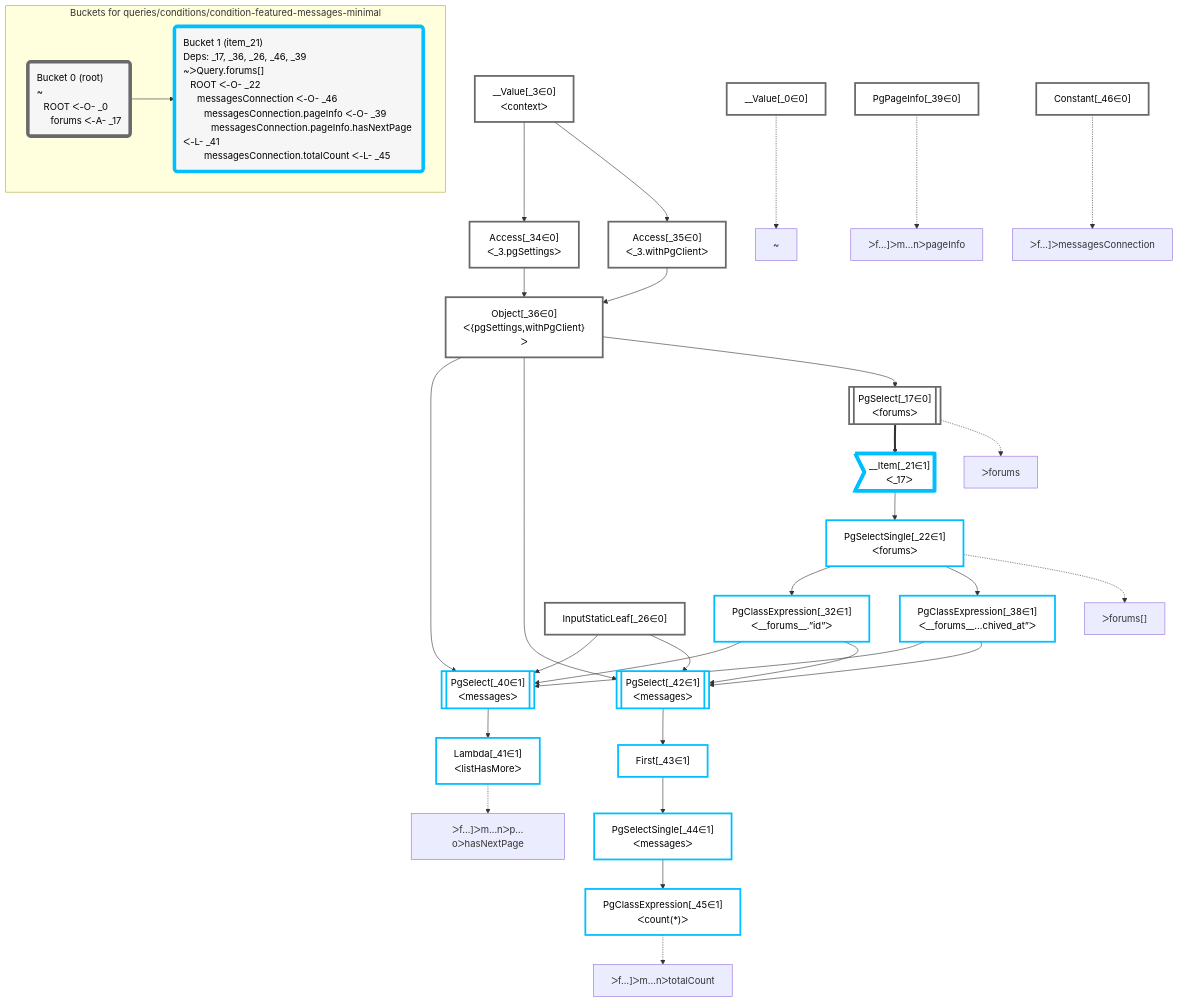
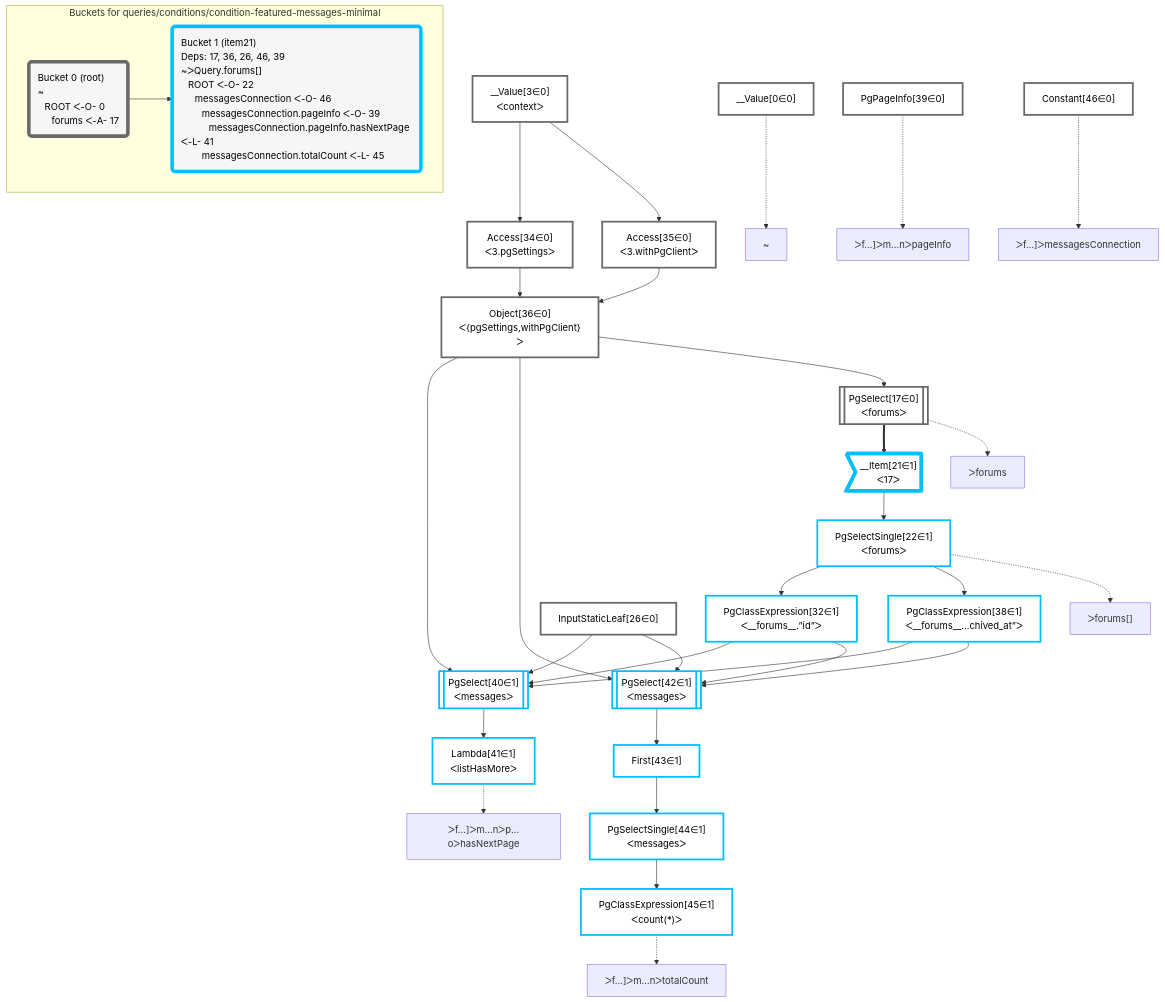
One commit to graphile/crystal changed the diagram in packages/dataplan-pg/__tests__/queries/conditions/condition-featured-messages-minimal.deopt.mermaid.md. Above: the diagram before and after it, drawn with Mermaid. The commit also changed 195 other files, not shown here.

````diff
--- a/packages/dataplan-pg/__tests__/queries/conditions/condition-featured-messages-minimal.deopt.mermaid.md
+++ b/packages/dataplan-pg/__tests__/queries/conditions/condition-featured-messages-minimal.deopt.mermaid.md
@@ -1,72 +1,72 @@
 ```mermaid
 graph TD
     classDef path fill:#eee,stroke:#000,color:#000
     classDef plan fill:#fff,stroke-width:3px,color:#000
     classDef itemplan fill:#fff,stroke-width:6px,color:#000
     classDef sideeffectplan fill:#f00,stroke-width:6px,color:#000
     classDef bucket fill:#f6f6f6,color:#000,stroke-width:6px,text-align:left
 
 
     %% define plans
-    __Value_0["__Value[_0∈0]"]:::plan
-    Lambda_41["Lambda[_41∈1]<br />ᐸlistHasMoreᐳ"]:::plan
-    PgSelect_40[["PgSelect[_40∈1]<br />ᐸmessagesᐳ"]]:::plan
-    PgClassExpression_45["PgClassExpression[_45∈1]<br />ᐸcount(*)ᐳ"]:::plan
-    PgSelectSingle_44["PgSelectSingle[_44∈1]<br />ᐸmessagesᐳ"]:::plan
-    First_43["First[_43∈1]"]:::plan
-    PgSelect_42[["PgSelect[_42∈1]<br />ᐸmessagesᐳ"]]:::plan
-    PgClassExpression_32["PgClassExpression[_32∈1]<br />ᐸ__forums__.”id”ᐳ"]:::plan
-    PgClassExpression_38["PgClassExpression[_38∈1]<br />ᐸ__forums__...chived_at”ᐳ"]:::plan
-    PgSelectSingle_22["PgSelectSingle[_22∈1]<br />ᐸforumsᐳ"]:::plan
-    __Item_21>"__Item[_21∈1]<br />ᐸ_17ᐳ"]:::itemplan
-    PgSelect_17[["PgSelect[_17∈0]<br />ᐸforumsᐳ"]]:::plan
-    Object_36["Object[_36∈0]<br />ᐸ{pgSettings,withPgClient}ᐳ"]:::plan
-    Access_34["Access[_34∈0]<br />ᐸ_3.pgSettingsᐳ"]:::plan
-    Access_35["Access[_35∈0]<br />ᐸ_3.withPgClientᐳ"]:::plan
-    __Value_3["__Value[_3∈0]<br />ᐸcontextᐳ"]:::plan
-    InputStaticLeaf_26["InputStaticLeaf[_26∈0]"]:::plan
-    Constant_46["Constant[_46∈0]"]:::plan
-    PgPageInfo_39["PgPageInfo[_39∈0]"]:::plan
+    __Value0["__Value[0∈0]"]:::plan
+    Lambda41["Lambda[41∈1]<br />ᐸlistHasMoreᐳ"]:::plan
+    PgSelect40[["PgSelect[40∈1]<br />ᐸmessagesᐳ"]]:::plan
+    PgClassExpression45["PgClassExpression[45∈1]<br />ᐸcount(*)ᐳ"]:::plan
+    PgSelectSingle44["PgSelectSingle[44∈1]<br />ᐸmessagesᐳ"]:::plan
+    First43["First[43∈1]"]:::plan
+    PgSelect42[["PgSelect[42∈1]<br />ᐸmessagesᐳ"]]:::plan
+    PgClassExpression32["PgClassExpression[32∈1]<br />ᐸ__forums__.”id”ᐳ"]:::plan
+    PgClassExpression38["PgClassExpression[38∈1]<br />ᐸ__forums__...chived_at”ᐳ"]:::plan
+    PgSelectSingle22["PgSelectSingle[22∈1]<br />ᐸforumsᐳ"]:::plan
+    __Item21>"__Item[21∈1]<br />ᐸ17ᐳ"]:::itemplan
+    PgSelect17[["PgSelect[17∈0]<br />ᐸforumsᐳ"]]:::plan
+    Object36["Object[36∈0]<br />ᐸ{pgSettings,withPgClient}ᐳ"]:::plan
+    Access34["Access[34∈0]<br />ᐸ3.pgSettingsᐳ"]:::plan
+    Access35["Access[35∈0]<br />ᐸ3.withPgClientᐳ"]:::plan
+    __Value3["__Value[3∈0]<br />ᐸcontextᐳ"]:::plan
+    InputStaticLeaf26["InputStaticLeaf[26∈0]"]:::plan
+    Constant46["Constant[46∈0]"]:::plan
+    PgPageInfo39["PgPageInfo[39∈0]"]:::plan
 
     %% plan dependencies
-    PgSelect_40 --> Lambda_41
-    Object_36 & PgClassExpression_32 & InputStaticLeaf_26 & PgClassExpression_38 --> PgSelect_40
-    PgSelectSingle_44 --> PgClassExpression_45
-    First_43 --> PgSelectSingle_44
-    PgSelect_42 --> First_43
-    Object_36 & PgClassExpression_32 & InputStaticLeaf_26 & PgClassExpression_38 --> PgSelect_42
-    PgSelectSingle_22 --> PgClassExpression_32
-    PgSelectSingle_22 --> PgClassExpression_38
-    __Item_21 --> PgSelectSingle_22
-    PgSelect_17 ==> __Item_21
-    Object_36 --> PgSelect_17
-    Access_34 & Access_35 --> Object_36
-    __Value_3 --> Access_34
-    __Value_3 --> Access_35
+    PgSelect40 --> Lambda41
+    Object36 & PgClassExpression32 & InputStaticLeaf26 & PgClassExpression38 --> PgSelect40
+    PgSelectSingle44 --> PgClassExpression45
+    First43 --> PgSelectSingle44
+    PgSelect42 --> First43
+    Object36 & PgClassExpression32 & InputStaticLeaf26 & PgClassExpression38 --> PgSelect42
+    PgSelectSingle22 --> PgClassExpression32
+    PgSelectSingle22 --> PgClassExpression38
+    __Item21 --> PgSelectSingle22
+    PgSelect17 ==> __Item21
+    Object36 --> PgSelect17
+    Access34 & Access35 --> Object36
+    __Value3 --> Access34
+    __Value3 --> Access35
 
     %% plan-to-path relationships
-    P_0["~"]
-    __Value_0 -.-> P_0
-    P_17["ᐳforums"]
-    PgSelect_17 -.-> P_17
-    P_22["ᐳforums[]"]
-    PgSelectSingle_22 -.-> P_22
-    P_39["ᐳf…]ᐳm…nᐳpageInfo"]
-    PgPageInfo_39 -.-> P_39
-    P_41["ᐳf…]ᐳm…nᐳp…oᐳhasNextPage"]
-    Lambda_41 -.-> P_41
-    P_45["ᐳf…]ᐳm…nᐳtotalCount"]
-    PgClassExpression_45 -.-> P_45
-    P_46["ᐳf…]ᐳmessagesConnection"]
-    Constant_46 -.-> P_46
+    P0["~"]
+    __Value0 -.-> P0
+    P17["ᐳforums"]
+    PgSelect17 -.-> P17
+    P22["ᐳforums[]"]
+    PgSelectSingle22 -.-> P22
+    P39["ᐳf…]ᐳm…nᐳpageInfo"]
+    PgPageInfo39 -.-> P39
+    P41["ᐳf…]ᐳm…nᐳp…oᐳhasNextPage"]
+    Lambda41 -.-> P41
+    P45["ᐳf…]ᐳm…nᐳtotalCount"]
+    PgClassExpression45 -.-> P45
+    P46["ᐳf…]ᐳmessagesConnection"]
+    Constant46 -.-> P46
 
     subgraph "Buckets for queries/conditions/condition-featured-messages-minimal"
-    Bucket0("Bucket 0 (root)<br />~<br />⠀ROOT ᐸ-O- _0<br />⠀⠀forums ᐸ-A- _17"):::bucket
+    Bucket0("Bucket 0 (root)<br />~<br />⠀ROOT ᐸ-O- 0<br />⠀⠀forums ᐸ-A- 17"):::bucket
     classDef bucket0 stroke:#696969
-    class Bucket0,__Value_0,__Value_3,PgSelect_17,InputStaticLeaf_26,Access_34,Access_35,Object_36,PgPageInfo_39,Constant_46 bucket0
-    Bucket1("Bucket 1 (item_21)<br />Deps: _17, _36, _26, _46, _39<br />~ᐳQuery.forums[]<br />⠀ROOT ᐸ-O- _22<br />⠀⠀messagesConnection ᐸ-O- _46<br />⠀⠀⠀messagesConnection.pageInfo ᐸ-O- _39<br />⠀⠀⠀⠀messagesConnection.pageInfo.hasNextPage ᐸ-L- _41<br />⠀⠀⠀messagesConnection.totalCount ᐸ-L- _45"):::bucket
+    class Bucket0,__Value0,__Value3,PgSelect17,InputStaticLeaf26,Access34,Access35,Object36,PgPageInfo39,Constant46 bucket0
+    Bucket1("Bucket 1 (item21)<br />Deps: 17, 36, 26, 46, 39<br />~ᐳQuery.forums[]<br />⠀ROOT ᐸ-O- 22<br />⠀⠀messagesConnection ᐸ-O- 46<br />⠀⠀⠀messagesConnection.pageInfo ᐸ-O- 39<br />⠀⠀⠀⠀messagesConnection.pageInfo.hasNextPage ᐸ-L- 41<br />⠀⠀⠀messagesConnection.totalCount ᐸ-L- 45"):::bucket
     classDef bucket1 stroke:#00bfff
-    class Bucket1,__Item_21,PgSelectSingle_22,PgClassExpression_32,PgClassExpression_38,PgSelect_40,Lambda_41,PgSelect_42,First_43,PgSelectSingle_44,PgClassExpression_45 bucket1
+    class Bucket1,__Item21,PgSelectSingle22,PgClassExpression32,PgClassExpression38,PgSelect40,Lambda41,PgSelect42,First43,PgSelectSingle44,PgClassExpression45 bucket1
     Bucket0 --> Bucket1
     end
 ```
````
